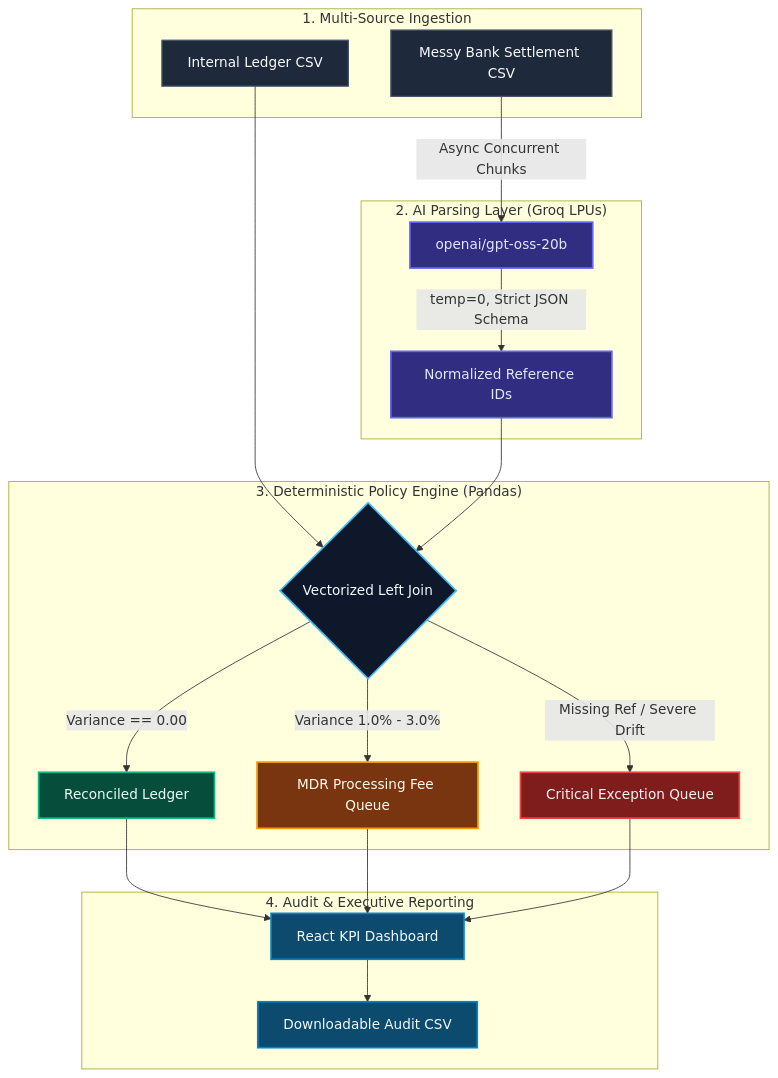
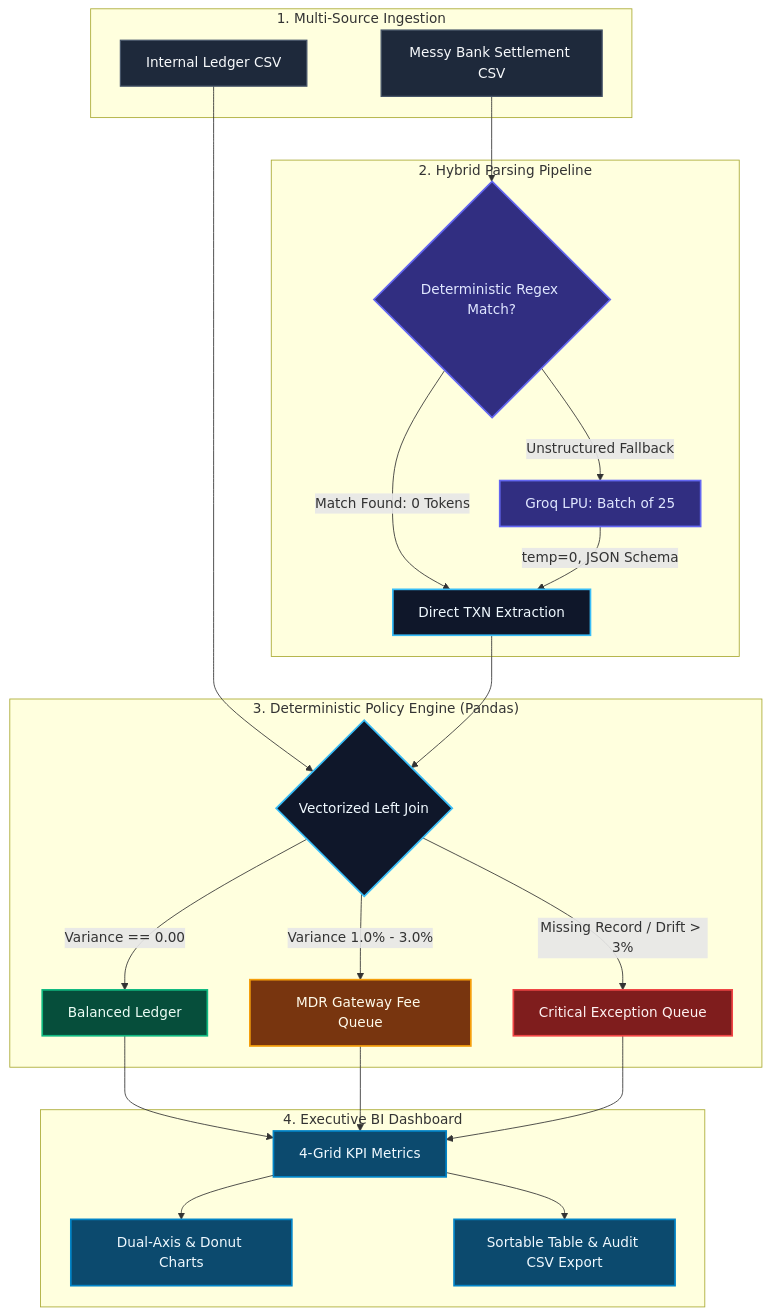
The diagram in README.md (procoder-divyanshv/razorpay-recon-engine), drawn with Mermaid before and after one commit. The commit also changed other lines of this file and 1 other file, not shown here.

````diff
--- a/README.md
+++ b/README.md
@@ -31,43 +150,46 @@
 ```mermaid
 flowchart TD
     subgraph Ingestion ["1. Multi-Source Ingestion"]
         A[Internal Ledger CSV]
         B[Messy Bank Settlement CSV]
     end
 
-    subgraph Extraction ["2. AI Parsing Layer (Groq LPUs)"]
-        B -->|Async Concurrent Chunks| C[openai/gpt-oss-20b]
-        C -->|temp=0, Strict JSON Schema| D[Normalized Reference IDs]
+    subgraph HybridExtraction ["2. Hybrid Parsing Pipeline"]
+        B --> C{Deterministic Regex Match?}
+        C -->|Match Found: 0 Tokens| D[Direct TXN Extraction]
+        C -->|Unstructured Fallback| E[Groq LPU: Batch of 25]
+        E -->|temp=0, JSON Schema| D
     end
 
-    subgraph Settlement ["3. Deterministic Policy Engine (Pandas)"]
-        A --> E{Vectorized Left Join}
-        D --> E
-        E -->|Variance == 0.00| F[Reconciled Ledger]
-        E -->|Variance 1.0% - 3.0%| G[MDR Processing Fee Queue]
-        E -->|Missing Ref / Severe Drift| H[Critical Exception Queue]
+    subgraph SettlementEngine ["3. Deterministic Policy Engine (Pandas)"]
+        A --> F{Vectorized Left Join}
+        D --> F
+        F -->|Variance == 0.00| G[Balanced Ledger]
+        F -->|Variance 1.0% - 3.0%| H[MDR Gateway Fee Queue]
+        F -->|Missing Record / Drift > 3%| I[Critical Exception Queue]
     end
 
-    subgraph Interface ["4. Audit & Executive Reporting"]
-        F --> I[React KPI Dashboard]
-        G --> I
-        H --> I
-        I --> J[Downloadable Audit CSV]
+    subgraph AnalyticsDashboard ["4. Executive BI Dashboard"]
+        G --> J[4-Grid KPI Metrics]
+        H --> J
+        I --> J
+        J --> K[Dual-Axis & Donut Charts]
+        J --> L[Sortable Table & Audit CSV Export]
     end
-    %% Color Palettes (Compatible with GitHub Dark & Light Mode)
-    classDef ingestion fill:#1e293b,stroke:#475569,stroke-width:1.5px,color:#f8fafc;
+
+    classDef Ingestion fill:#1e293b,stroke:#475569,stroke-width:1.5px,color:#f8fafc;
     classDef ai fill:#312e81,stroke:#6366f1,stroke-width:2px,color:#e0e7ff;
     classDef join fill:#0f172a,stroke:#38bdf8,stroke-width:2px,color:#f0f9ff;
     classDef success fill:#064e3b,stroke:#10b981,stroke-width:2px,color:#ecfdf5;
     classDef fee fill:#78350f,stroke:#f59e0b,stroke-width:2px,color:#fffbeb;
     classDef danger fill:#7f1d1d,stroke:#ef4444,stroke-width:2px,color:#fef2f2;
     classDef ui fill:#0c4a6e,stroke:#0284c7,stroke-width:2px,color:#f0f9ff;
 
-    class A,B ingestion;
-    class C,D ai;
-    class E join;
-    class F success;
-    class G fee;
-    class H danger;
-    class I,J ui;
+    class A,B Ingestion;
+    class C,E ai;
+    class D,F join;
+    class G success;
+    class H fee;
+    class I danger;
+    class J,K,L ui;
 ```
````
